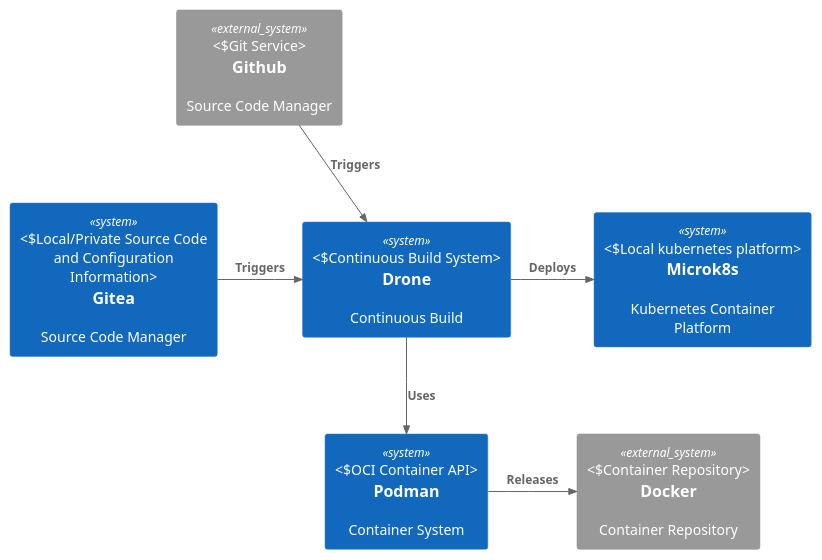
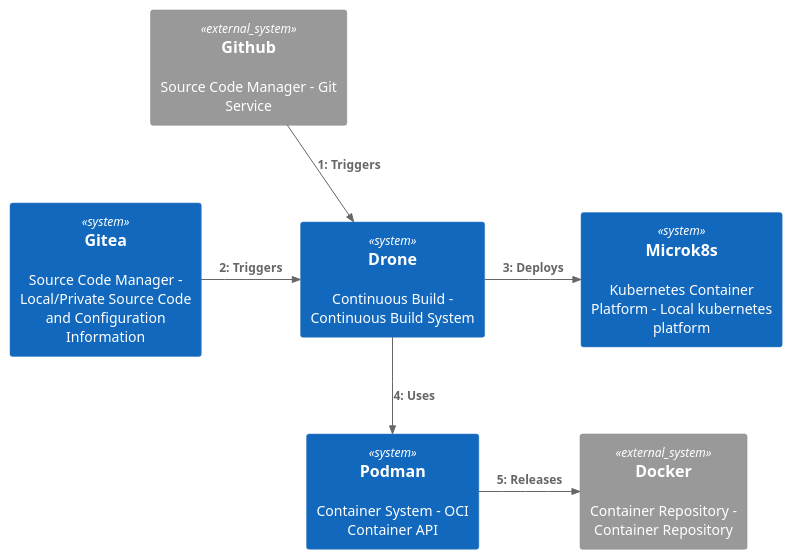
Before and after one commit to gautada/drone-container: the first of 3 diagrams in architecture.puml, drawn with PlantUML. The commit also changed 1 other file, not shown here.

Commit message:
Added the architecture diagrams to the README this checkin to to see the diff.

```diff
--- a/architecture.puml
+++ b/architecture.puml
@@ -1,20 +1,25 @@
-@startuml
-!include https://raw.githubusercontent.com/plantuml-stdlib/C4-PlantUML/master/C4_Context.puml
+@startuml CONTEXT_CICD_DRONE
+!include <C4/C4.puml>
+!include <C4/C4_Context.puml>
+!include <C4/C4_Container.puml>
+!include <C4/C4_Component.puml>
+!include <C4/C4_Dynamic.puml>
+!include <C4/C4_Deployment.puml>
 
-System_Ext(github, "Github", "Source Code Manager", "Git Service")
-System_Ext(docker, "Docker", "Container Repository", "Container Repository")
+System_Ext(github, "Github", "Source Code Manager - Git Service")
+System_Ext(docker, "Docker", "Container Repository - Container Repository")
 
-System(podman, "Podman", "Container System", "OCI Container API")
-System(drone, "Drone", "Continuous Build", "Continuous Build System")
-System(gitea, "Gitea", "Source Code Manager", "Local/Private Source Code and Configuration Information")
-System(microk8s, "Microk8s", "Kubernetes Container Platform", "Local kubernetes platform")
+System(podman, "Podman", "Container System - OCI Container API")
+System(drone, "Drone", "Continuous Build - Continuous Build System")
+System(gitea, "Gitea", "Source Code Manager - Local/Private Source Code and Configuration Information")
+System(microk8s, "Microk8s", "Kubernetes Container Platform - Local kubernetes platform")
 
 Lay_D(github, gitea)
 
 Rel_R(github, drone, "Triggers")
 Rel_R(gitea, drone, "Triggers")
 Rel_R(drone, microk8s, "Deploys")
 Rel_D(drone, podman, "Uses")
 Rel_R(podman, docker, "Releases")
 
 @enduml
```
